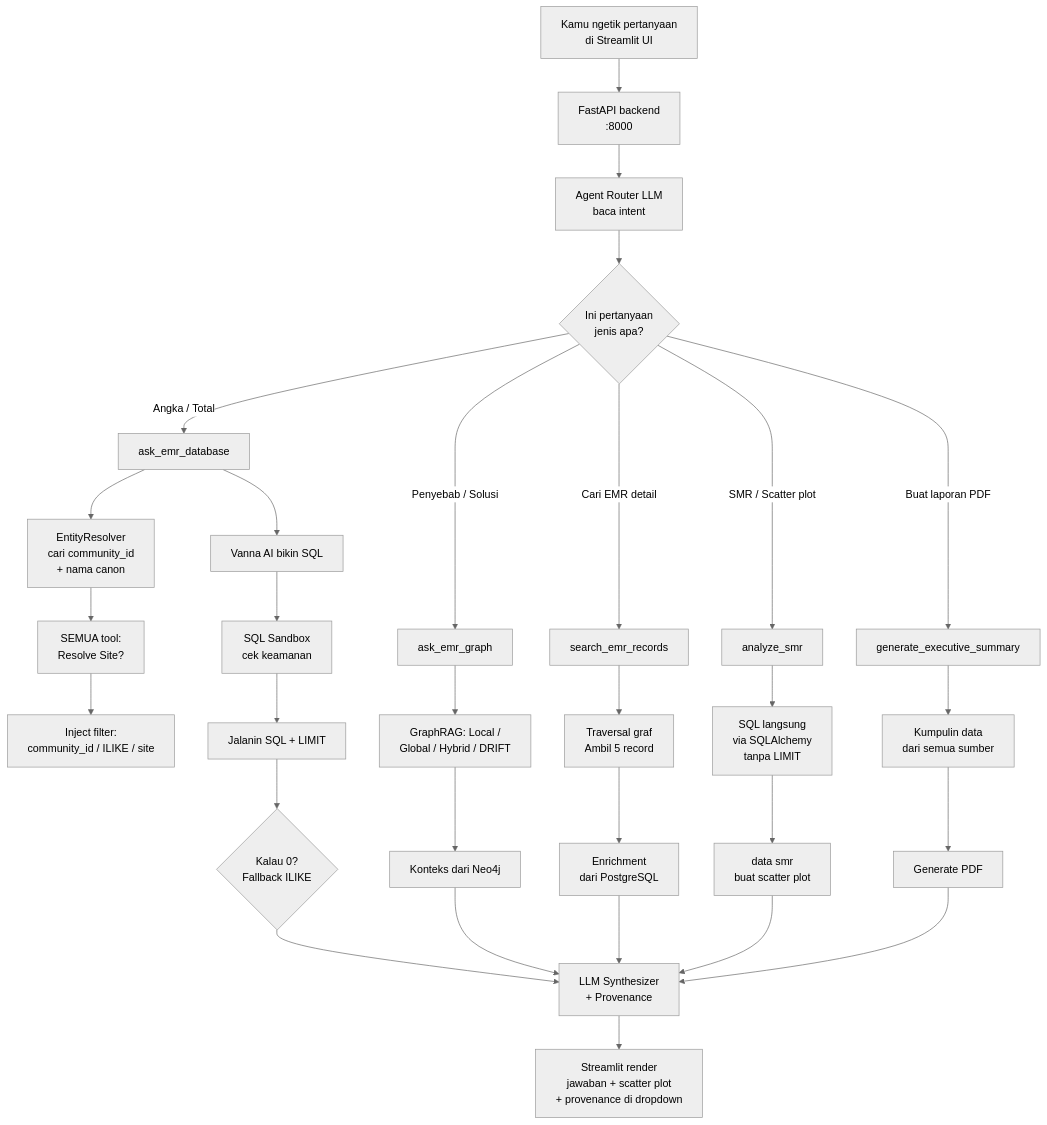
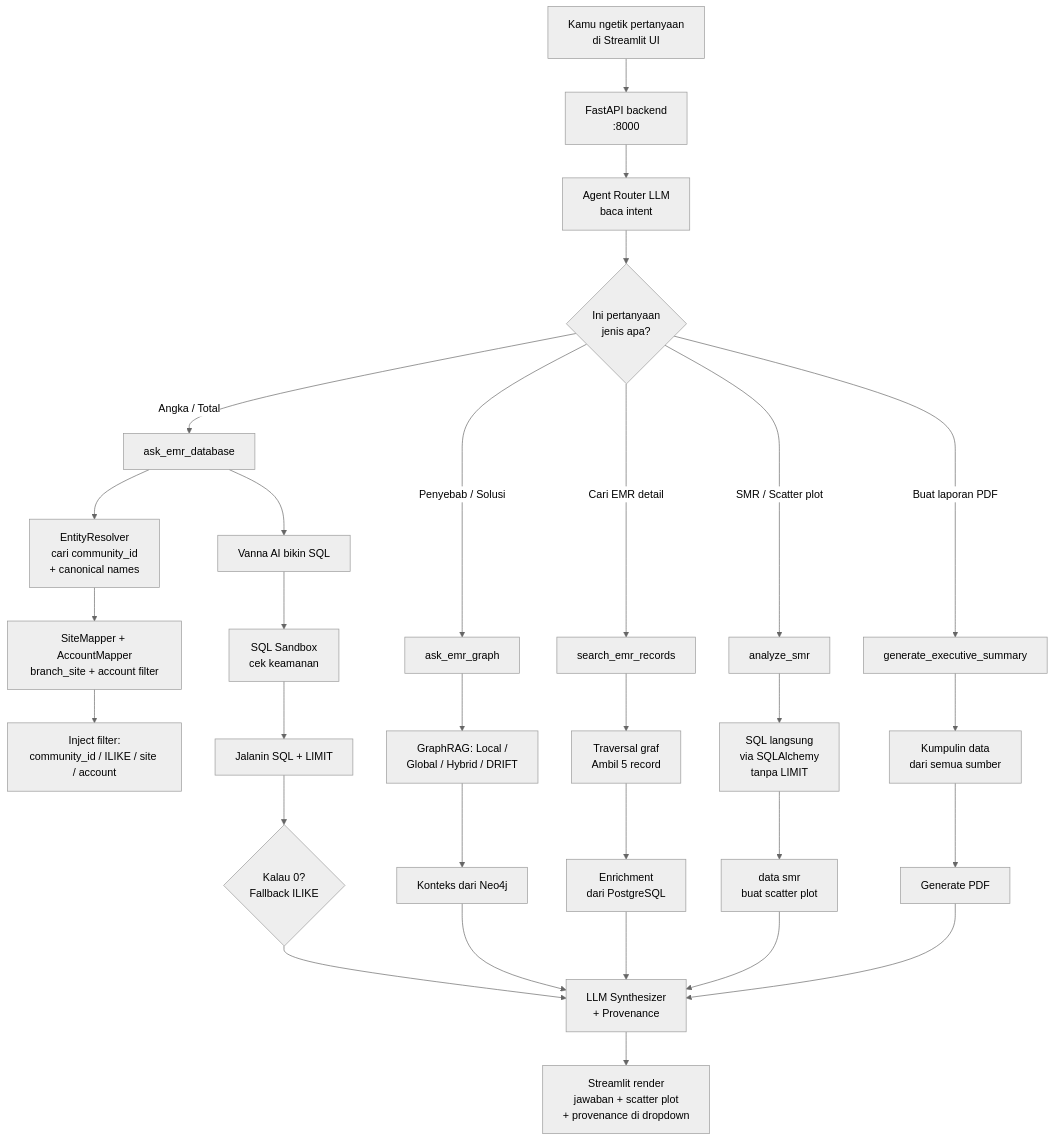
The second of 2 diagrams in README.md (iampraja16/RAGProductImprovement), drawn with Mermaid (neutral theme) before and after one commit. The commit also changed other lines of this file and 15 other files, not shown here.

Commit message:
(docs&code) add the ppi data to database, adjusting the PPI's schema, and the documentations

````diff
--- a/README.md
+++ b/README.md
@@ -164,43 +166,43 @@
 ```mermaid
 graph TD
     A[Kamu ngetik pertanyaan\ndi Streamlit UI] --> B[FastAPI backend\n:8000]
     B --> C[Agent Router LLM\nbaca intent]
     
     C --> D{Ini pertanyaan\njenis apa?}
     
     D -->|Angka / Total| E[ask_emr_database]
     D -->|Penyebab / Solusi| F[ask_emr_graph]
     D -->|Cari EMR detail| G[search_emr_records]
     D -->|SMR / Scatter plot| H[analyze_smr]
     D -->|Buat laporan PDF| I[generate_executive_summary]
     
-    E --> J[EntityResolver\ncari community_id\n+ nama canon]
-    J --> K[SEMUA tool:\nResolve Site?]
+    E --> J[EntityResolver\ncari community_id\n+ canonical names]
+    J --> K[SiteMapper + AccountMapper\nbranch_site + account filter]
     
-    K --> L[Inject filter:\ncommunity_id / ILIKE / site]
+    K --> L[Inject filter:\ncommunity_id / ILIKE / site / account]
     
     E --> M[Vanna AI bikin SQL]
     M --> N[SQL Sandbox\ncek keamanan]
     N --> O[Jalanin SQL + LIMIT]
     O --> P{Kalau 0?\nFallback ILIKE}
     
     F --> Q[GraphRAG: Local /\nGlobal / Hybrid / DRIFT]
     Q --> R[Konteks dari Neo4j]
     
     G --> S[Traversal graf\nAmbil 5 record]
     S --> T[Enrichment\ndari PostgreSQL]
     
     H --> U[SQL langsung\nvia SQLAlchemy\ntanpa LIMIT]
     U --> V[data smr\nbuat scatter plot]
     
     I --> W[Kumpulin data\ndari semua sumber]
     W --> X[Generate PDF]
     
     R --> Y[LLM Synthesizer\n+ Provenance]
     P --> Y
     T --> Y
     V --> Y
     X --> Y
     
     Y --> Z[Streamlit render\njawaban + scatter plot\n+ provenance di dropdown]
 ```
````
